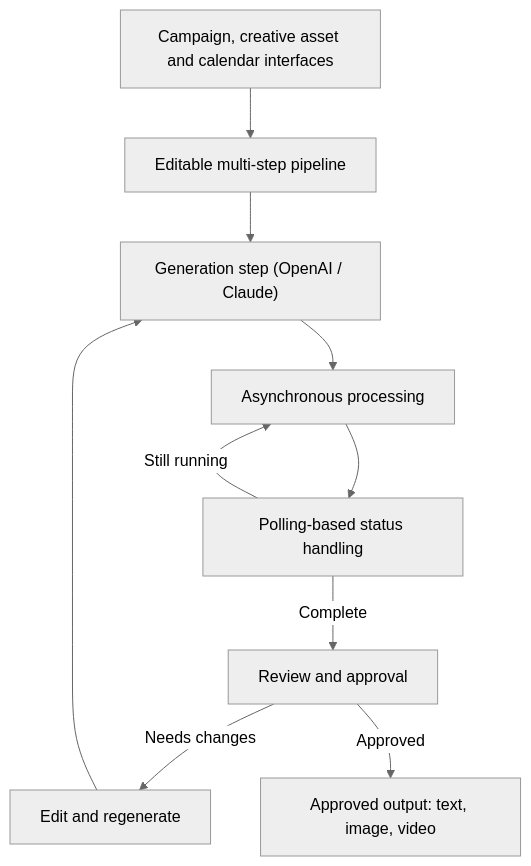
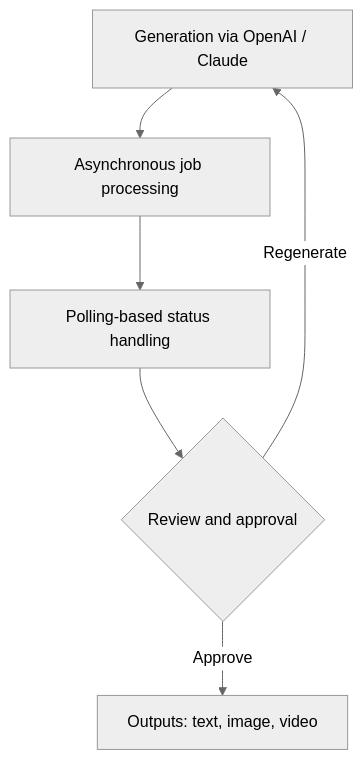
One commit to Pooja24100/Pooja24100 changed the diagram in README.md. Above: the diagram before and after it, drawn with Mermaid (neutral theme). The commit also changed other lines of this file, not shown here.

````diff
--- a/README.md
+++ b/README.md
@@ -180,12 +85,8 @@
 ```mermaid
 flowchart TD
-    A["Campaign, creative asset and calendar interfaces"] --> B["Editable multi-step pipeline"]
-    B --> C["Generation step (OpenAI / Claude)"]
-    C --> D["Asynchronous processing"]
-    D --> E["Polling-based status handling"]
-    E -- "Still running" --> D
-    E -- "Complete" --> F["Review and approval"]
-    F -- "Needs changes" --> G["Edit and regenerate"]
-    G --> C
-    F -- "Approved" --> H["Approved output: text, image, video"]
+  A["Generation via OpenAI / Claude"] --> B["Asynchronous job processing"]
+  B --> C["Polling-based status handling"]
+  C --> D{"Review and approval"}
+  D -->|"Regenerate"| A
+  D -->|"Approve"| E["Outputs: text, image, video"]
 ```
````
